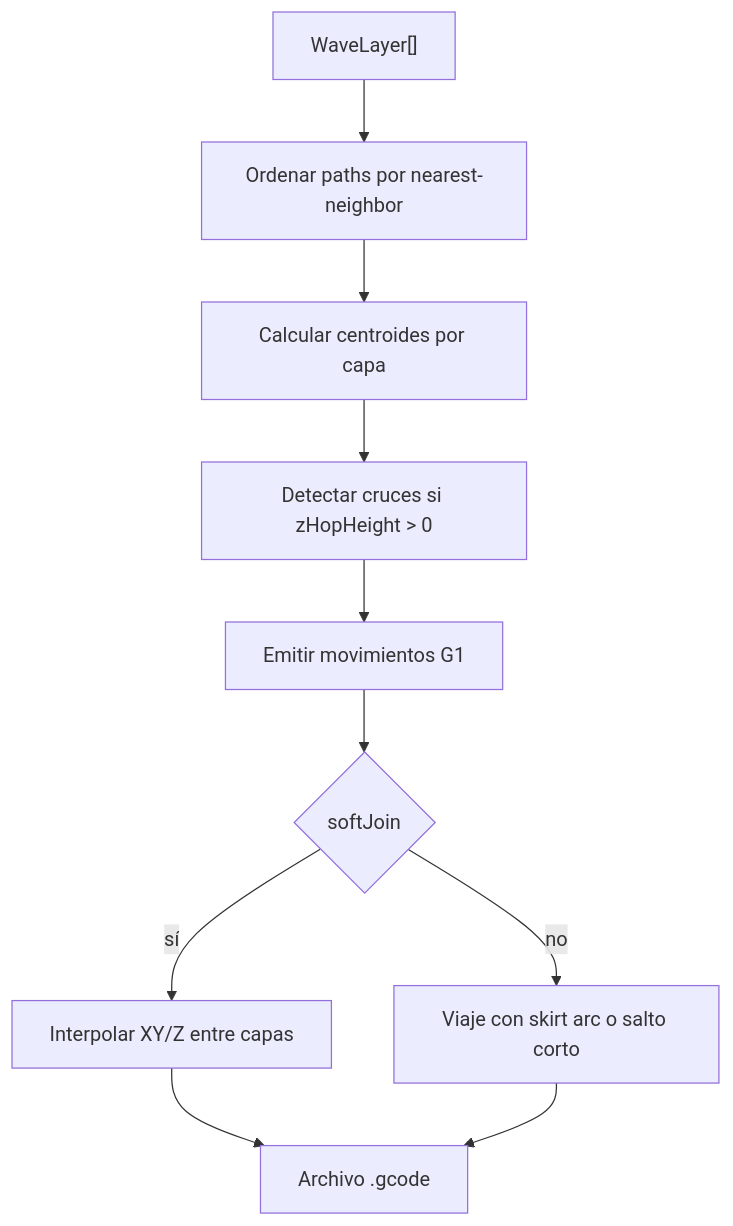
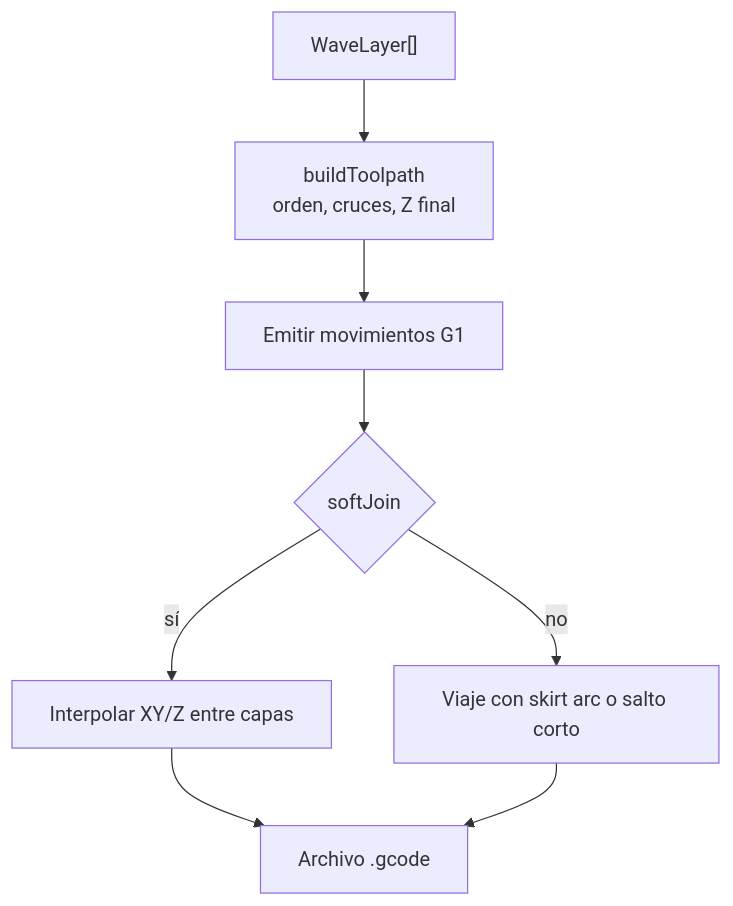
One commit to Cranmellar/barrocode changed the third of 3 diagrams in docs/architecture.md. Above: the diagram before and after it, drawn with Mermaid. The commit also changed other lines of this file and 6 other files, not shown here.

````diff
--- a/docs/architecture.md
+++ b/docs/architecture.md
@@ -88,12 +99,10 @@
 ```mermaid
 flowchart TD
-  A["WaveLayer[]"] --> B["Ordenar paths por nearest-neighbor"]
-  B --> C["Calcular centroides por capa"]
-  C --> D["Detectar cruces si zHopHeight > 0"]
-  D --> E["Emitir movimientos G1"]
+  A["WaveLayer[]"] --> B["buildToolpath<br/>orden, cruces, Z final"]
+  B --> E["Emitir movimientos G1"]
   E --> F{"softJoin"}
   F -- "sí" --> G["Interpolar XY/Z entre capas"]
   F -- "no" --> H["Viaje con skirt arc o salto corto"]
   G --> I["Archivo .gcode"]
   H --> I
 ```
````
